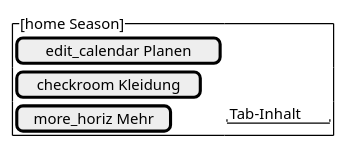
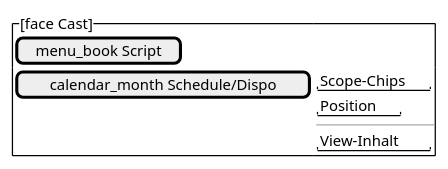
Before and after one commit to tradem/breakdown-rs: the second of 3 diagrams in docs/design/screens/navigation-shell.md, drawn with PlantUML. The commit also changed other lines of this file and 67 other files, not shown here.

First line of the commit message:
feat(flutter): three task-oriented navigation views (Cast, Script, Schedule/Dispo) (issue #610)

````diff
--- a/docs/design/screens/navigation-shell.md
+++ b/docs/design/screens/navigation-shell.md
@@ -50,10 +69,12 @@
 ```plantuml
 @startsalt
 {
-  {^ [home Season]
-     [edit_calendar Planen]
-     [checkroom Kleidung]
-     [more_horiz Mehr] | "Tab-Inhalt" }
+  {^ [face Cast]
+     [menu_book Script]
+     [calendar_month Schedule/Dispo] | { "Scope-Chips"
+        "Position"
+        ---
+        "View-Inhalt" } }
 }
 @endsalt
 ```
````
